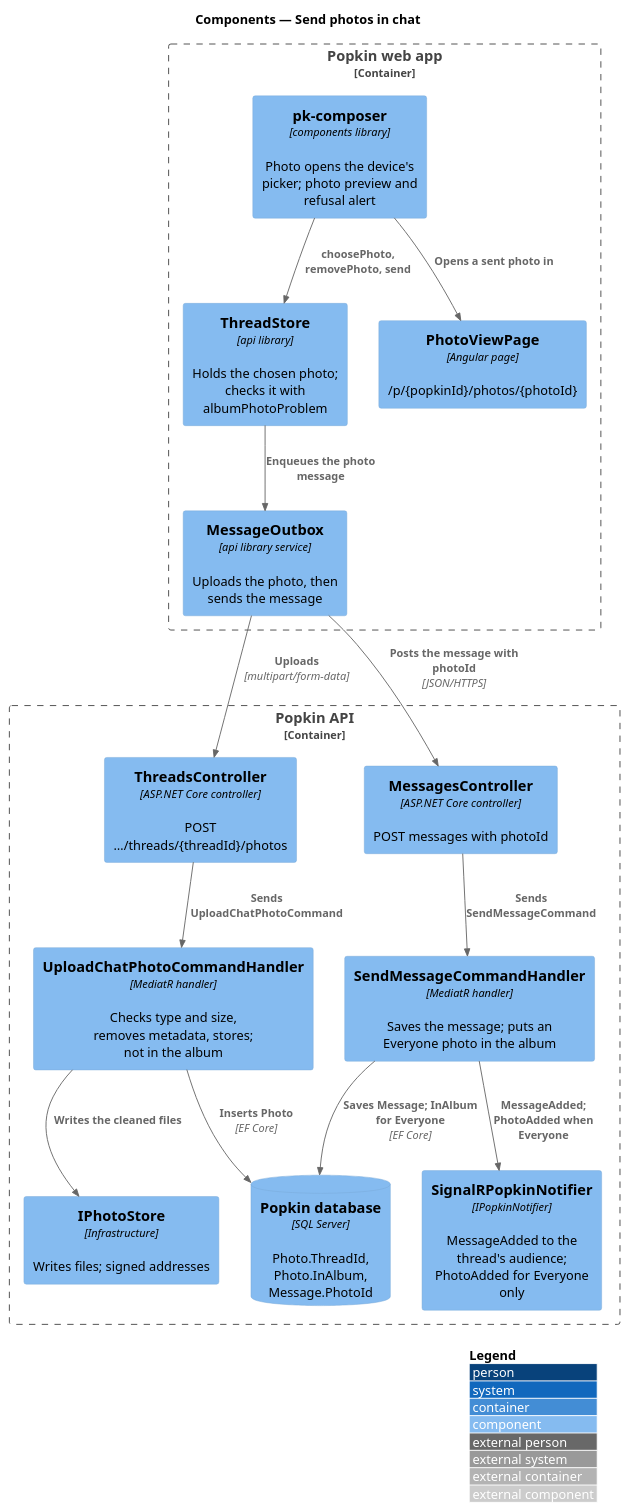
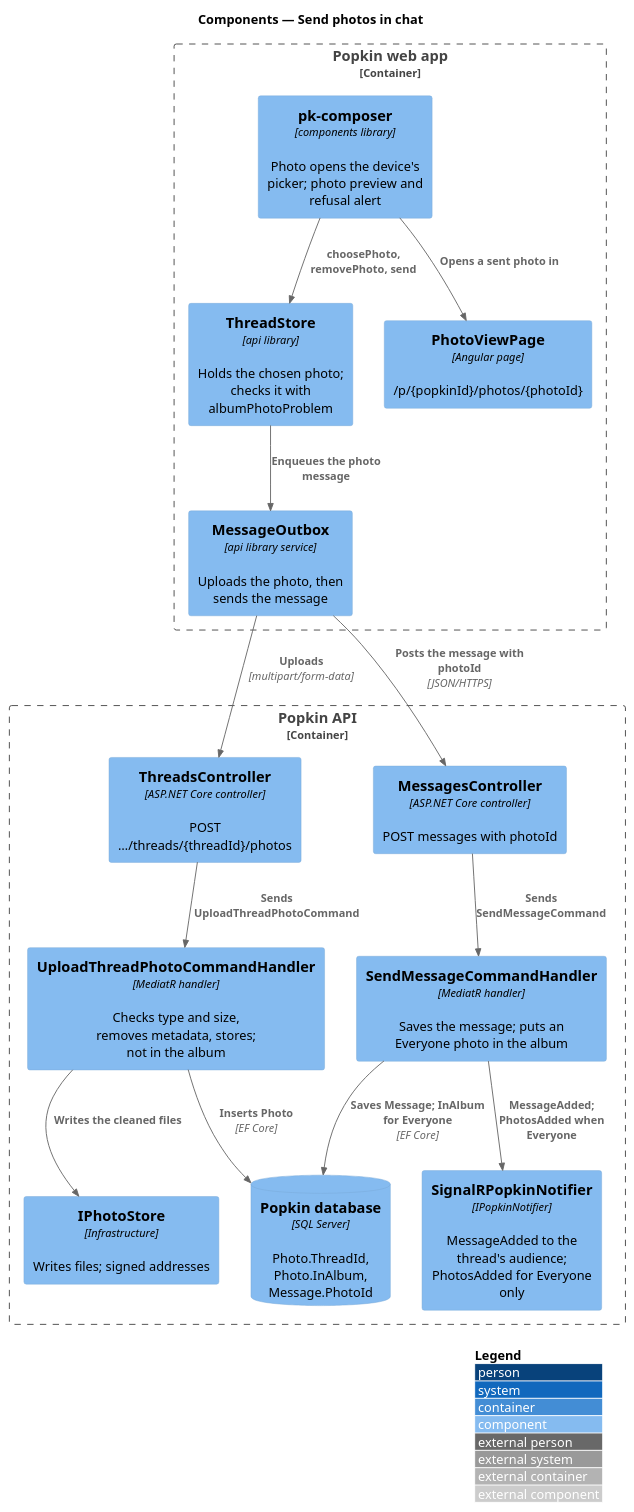
The diagram in docs/detailed-designs/chat/send-photos-in-chat/diagrams/c4-component.puml (QuinntyneBrown/popkin), drawn with PlantUML before and after one commit. The commit also changed 6 other files, not shown here.

First line of the commit message:
Bring the design of sending photos in chat up to what journey 13 built

```diff
--- a/docs/detailed-designs/chat/send-photos-in-chat/diagrams/c4-component.puml
+++ b/docs/detailed-designs/chat/send-photos-in-chat/diagrams/c4-component.puml
@@ -1,32 +1,32 @@
 @startuml
 !include <C4/C4_Component>
 LAYOUT_WITH_LEGEND()
 title Components — Send photos in chat
 
 Container_Boundary(web, "Popkin web app") {
   Component(composer, "pk-composer", "components library", "Photo opens the device's picker; photo preview and refusal alert")
   Component(store, "ThreadStore", "api library", "Holds the chosen photo; checks it with albumPhotoProblem")
   Component(outbox, "MessageOutbox", "api library service", "Uploads the photo, then sends the message")
   Component(viewer, "PhotoViewPage", "Angular page", "/p/{popkinId}/photos/{photoId}")
 }
 Container_Boundary(api, "Popkin API") {
   Component(threads, "ThreadsController", "ASP.NET Core controller", "POST …/threads/{threadId}/photos")
-  Component(upload, "UploadChatPhotoCommandHandler", "MediatR handler", "Checks type and size, removes metadata, stores; not in the album")
+  Component(upload, "UploadThreadPhotoCommandHandler", "MediatR handler", "Checks type and size, removes metadata, stores; not in the album")
   Component(messages, "MessagesController", "ASP.NET Core controller", "POST messages with photoId")
   Component(send, "SendMessageCommandHandler", "MediatR handler", "Saves the message; puts an Everyone photo in the album")
   Component(photostore, "IPhotoStore", "Infrastructure", "Writes files; signed addresses")
-  Component(notifier, "SignalRPopkinNotifier", "IPopkinNotifier", "MessageAdded to the thread's audience; PhotoAdded for Everyone only")
+  Component(notifier, "SignalRPopkinNotifier", "IPopkinNotifier", "MessageAdded to the thread's audience; PhotosAdded for Everyone only")
   ComponentDb(db, "Popkin database", "SQL Server", "Photo.ThreadId, Photo.InAlbum, Message.PhotoId")
 }
 Rel(composer, store, "choosePhoto, removePhoto, send")
 Rel(store, outbox, "Enqueues the photo message")
 Rel(composer, viewer, "Opens a sent photo in")
 Rel(outbox, threads, "Uploads", "multipart/form-data")
 Rel(outbox, messages, "Posts the message with photoId", "JSON/HTTPS")
-Rel(threads, upload, "Sends UploadChatPhotoCommand")
+Rel(threads, upload, "Sends UploadThreadPhotoCommand")
 Rel(upload, photostore, "Writes the cleaned files")
 Rel(upload, db, "Inserts Photo", "EF Core")
 Rel(messages, send, "Sends SendMessageCommand")
 Rel(send, db, "Saves Message; InAlbum for Everyone", "EF Core")
-Rel(send, notifier, "MessageAdded; PhotoAdded when Everyone")
+Rel(send, notifier, "MessageAdded; PhotosAdded when Everyone")
 @enduml
```
